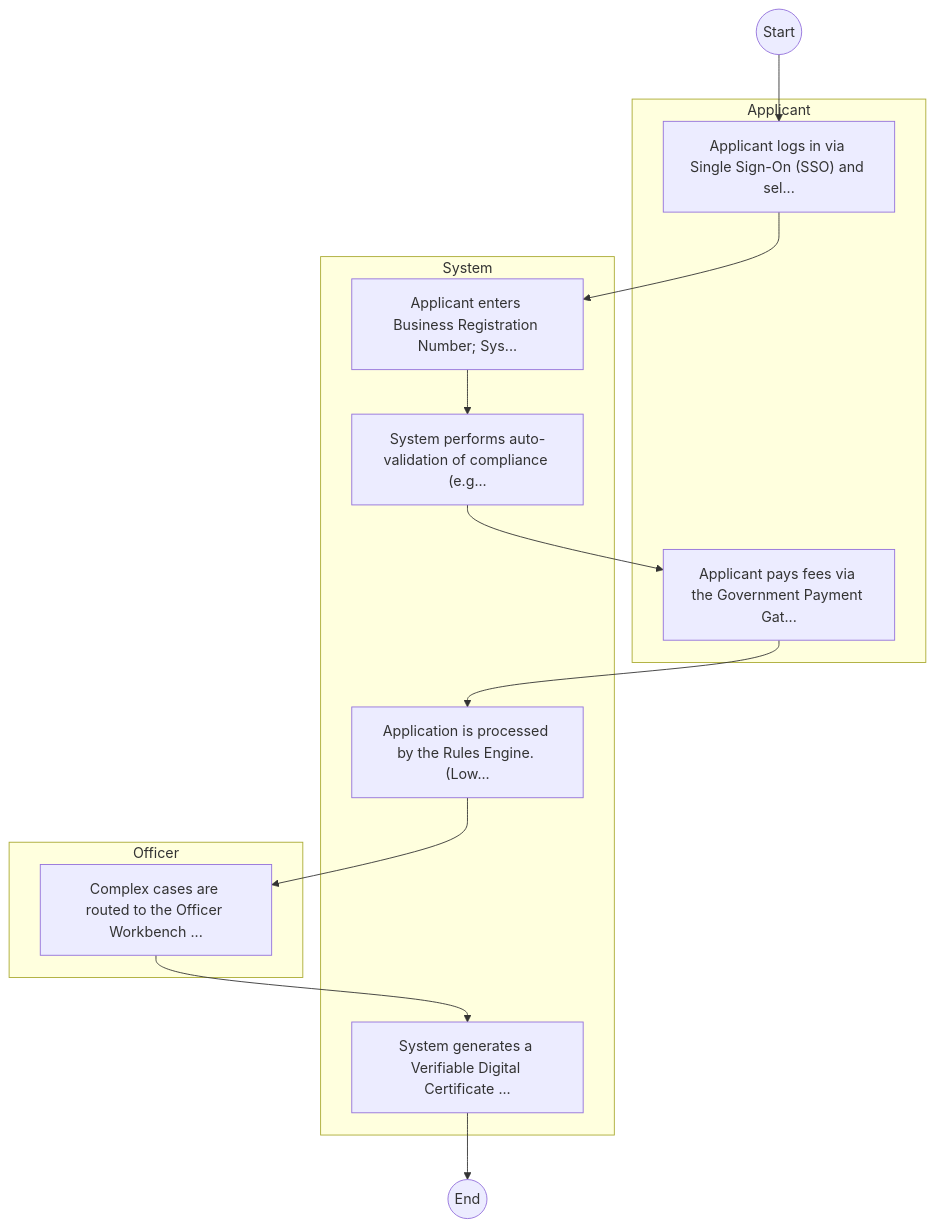
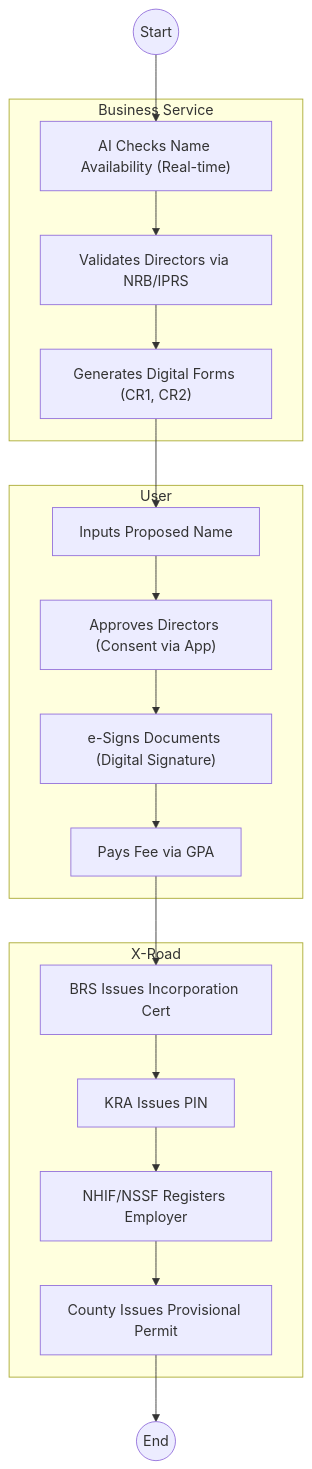
The second of 2 diagrams in mdas/docs_final/Business_Registration_Service___Service_Delivery.md (BITZ-IT-Consulting-LTD/ictapoc), drawn with Mermaid before and after one commit. The commit also changed other lines of this file and 60 other files, not shown here.

````diff
--- a/mdas/docs_final/Business_Registration_Service___Service_Delivery.md
+++ b/mdas/docs_final/Business_Registration_Service___Service_Delivery.md
@@ -108,24 +121,33 @@
 ```mermaid
 graph TD
     Start((Start)) --> S1
-    subgraph Applicant [Applicant]
-        S1["Applicant logs in via Single Sign-On (SSO) and sel..."]
-        S4["Applicant pays fees via the Government Payment Gat..."]
+    subgraph WoG_Platform [Business Service]
+        S1["AI Checks Name Availability (Real-time)"]
+        S2["Validates Directors via NRB/IPRS"]
+        S3["Generates Digital Forms (CR1, CR2)"]
     end
-    subgraph System [System]
-        S2["Applicant enters Business Registration Number; Sys..."]
-        S3["System performs auto-validation of compliance (e.g..."]
-        S5["Application is processed by the Rules Engine. (Low..."]
-        S7["System generates a Verifiable Digital Certificate ..."]
+    subgraph Entrepreneur [User]
+        S4["Inputs Proposed Name"]
+        S5["Approves Directors (Consent via App)"]
+        S6["e-Signs Documents (Digital Signature)"]
+        S7["Pays Fee via GPA"]
     end
-    subgraph Officer [Officer]
-        S6["Complex cases are routed to the Officer Workbench ..."]
+    subgraph Integrated_Systems [X-Road]
+        S8["BRS Issues Incorporation Cert"]
+        S9["KRA Issues PIN"]
+        S10["NHIF/NSSF Registers Employer"]
+        S11["County Issues Provisional Permit"]
     end
+    
     S1 --> S2
     S2 --> S3
     S3 --> S4
     S4 --> S5
     S5 --> S6
     S6 --> S7
-    S7 --> End((End))
+    S7 --> S8
+    S8 --> S9
+    S9 --> S10
+    S10 --> S11
+    S11 --> End((End))
 ```
````
